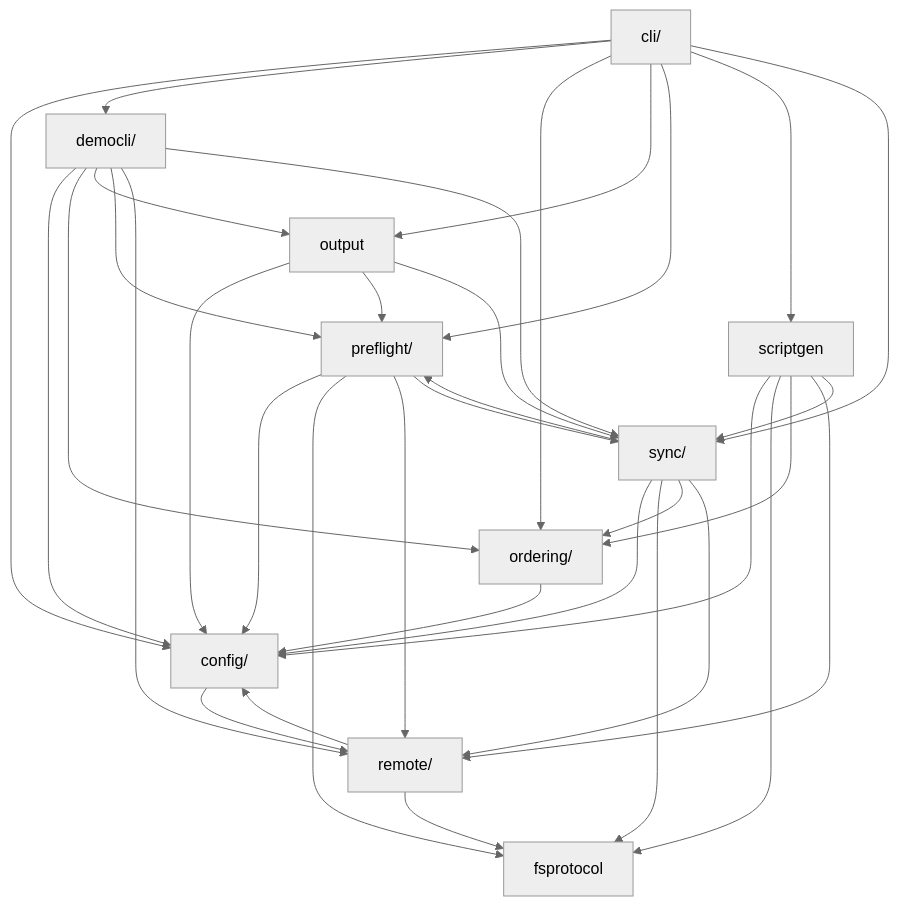
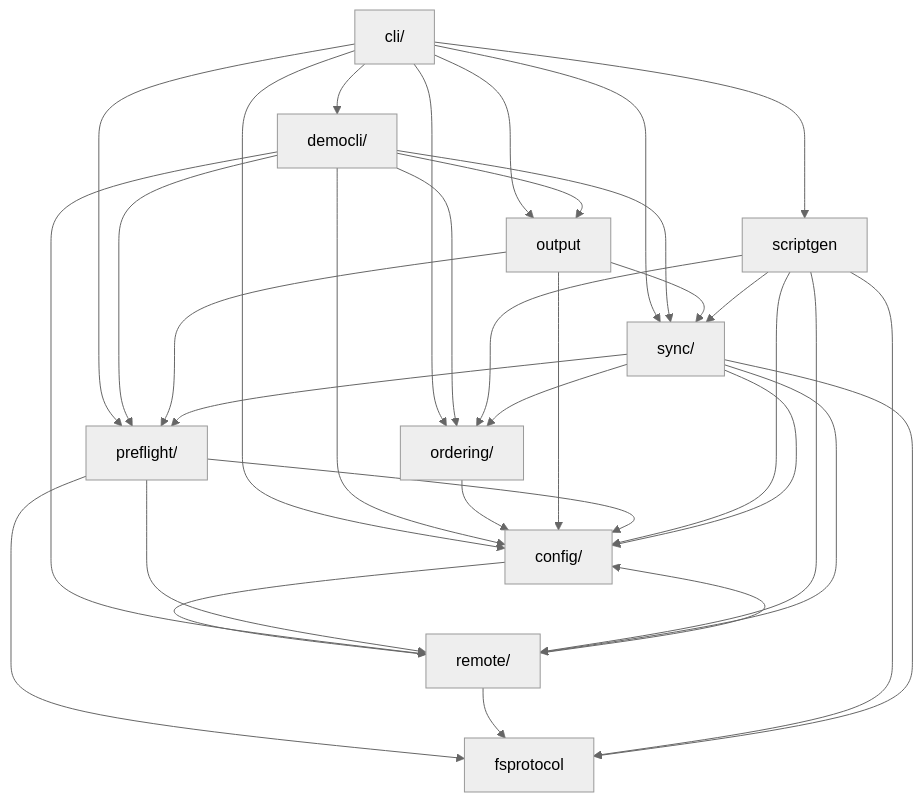
Before and after one commit to iglootools/nbkp: the first of 2 diagrams in docs/architecture.md, drawn with Mermaid (neutral theme). The commit also changed 6 other files, not shown here.

````diff
--- a/docs/architecture.md
+++ b/docs/architecture.md
@@ -9,48 +9,47 @@
 ```mermaid
 graph TD
     cli["cli/"]
     config["config/"]
     democli["democli/"]
     fsprotocol["fsprotocol"]
     ordering["ordering/"]
     output["output"]
     preflight["preflight/"]
     remote["remote/"]
     scriptgen["scriptgen"]
     sync["sync/"]
 
     cli --> config
     cli --> democli
     cli --> ordering
     cli --> output
     cli --> preflight
     cli --> scriptgen
     cli --> sync
     config --> remote
     democli --> config
     democli --> ordering
     democli --> output
     democli --> preflight
     democli --> remote
     democli --> sync
     ordering --> config
     output --> config
     output --> preflight
     output --> sync
     preflight --> config
     preflight --> fsprotocol
     preflight --> remote
-    preflight --> sync
     remote --> config
     remote --> fsprotocol
     scriptgen --> config
     scriptgen --> fsprotocol
     scriptgen --> ordering
     scriptgen --> remote
     scriptgen --> sync
     sync --> config
     sync --> fsprotocol
     sync --> ordering
     sync --> preflight
     sync --> remote
 ```
````
